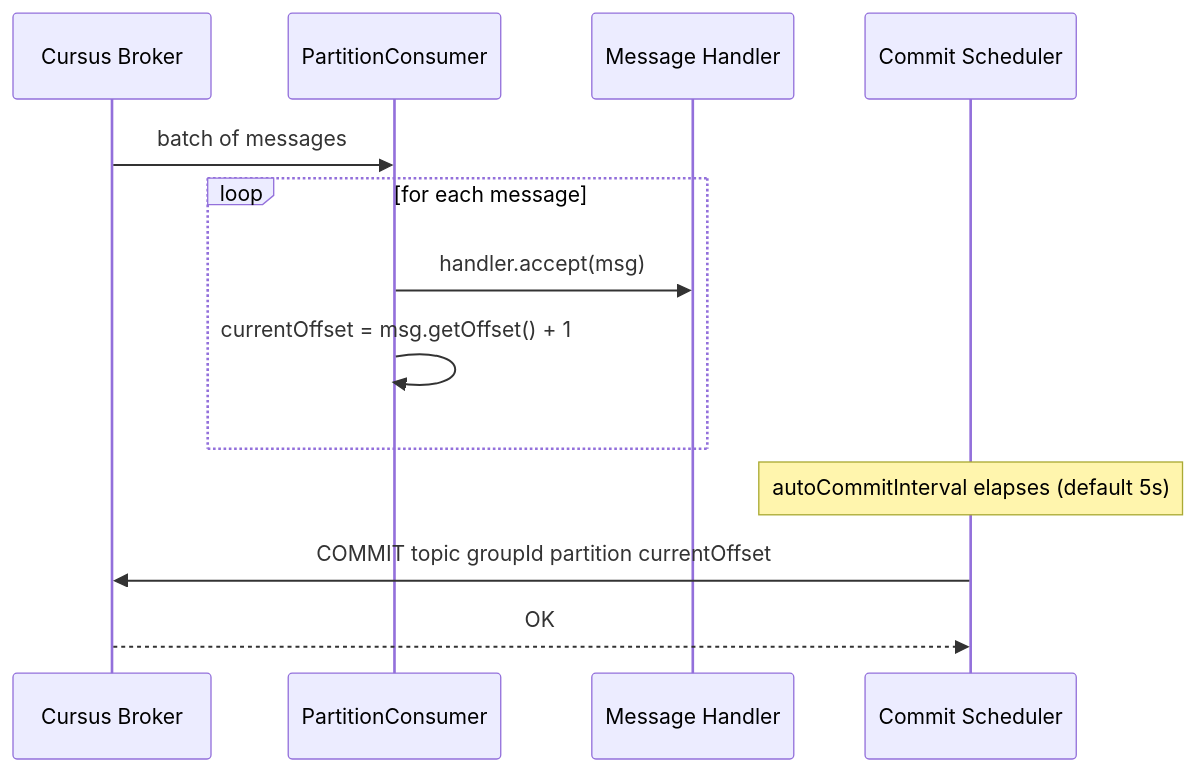
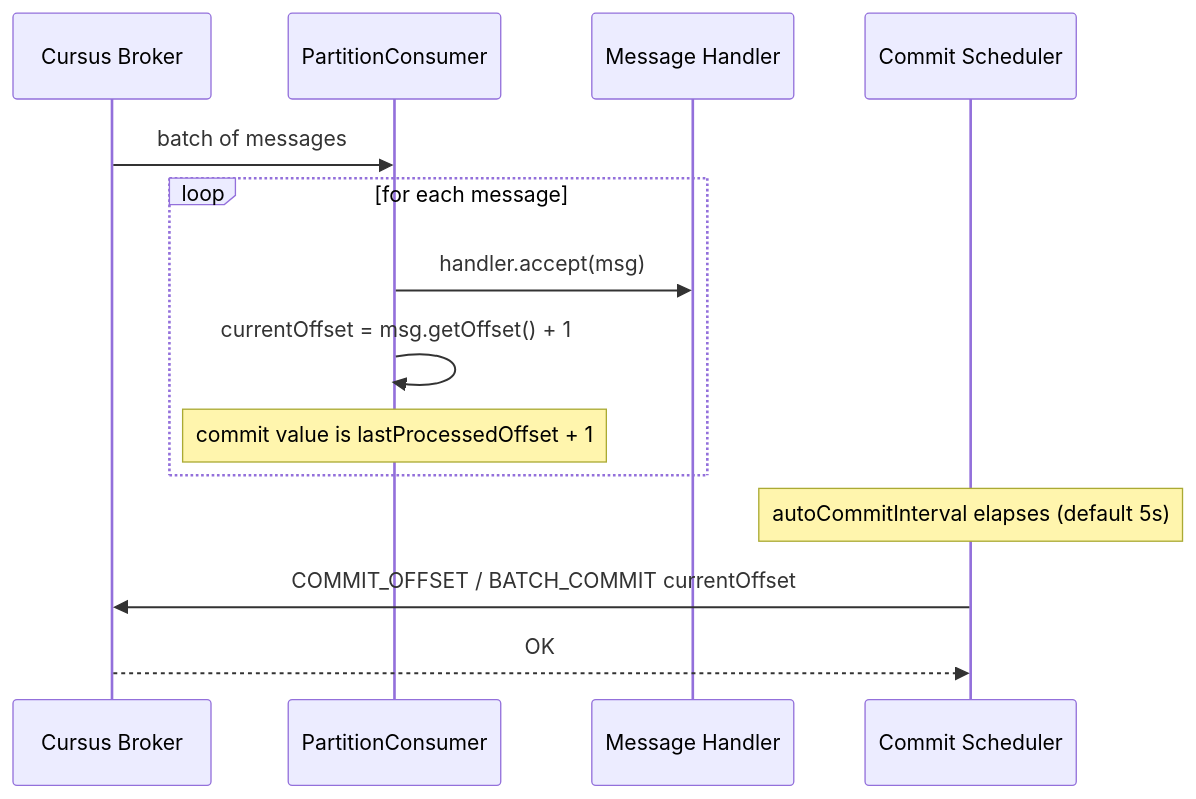
The third of 3 diagrams in docs/consumer-guide.md (cursus-io/cursus-java), drawn with Mermaid before and after one commit. The commit also changed other lines of this file and 10 other files, not shown here.

````diff
--- a/docs/consumer-guide.md
+++ b/docs/consumer-guide.md
@@ -150,17 +152,18 @@
 ```mermaid
 sequenceDiagram
     participant B as Cursus Broker
     participant PC as PartitionConsumer
     participant H as Message Handler
     participant CS as Commit Scheduler
 
     B->>PC: batch of messages
     loop for each message
         PC->>H: handler.accept(msg)
         PC->>PC: currentOffset = msg.getOffset() + 1
+        Note over PC: commit value is lastProcessedOffset + 1
     end
 
     Note over CS: autoCommitInterval elapses (default 5s)
-    CS->>B: COMMIT topic groupId partition currentOffset
+    CS->>B: COMMIT_OFFSET / BATCH_COMMIT currentOffset
     B-->>CS: OK
 ```
````
